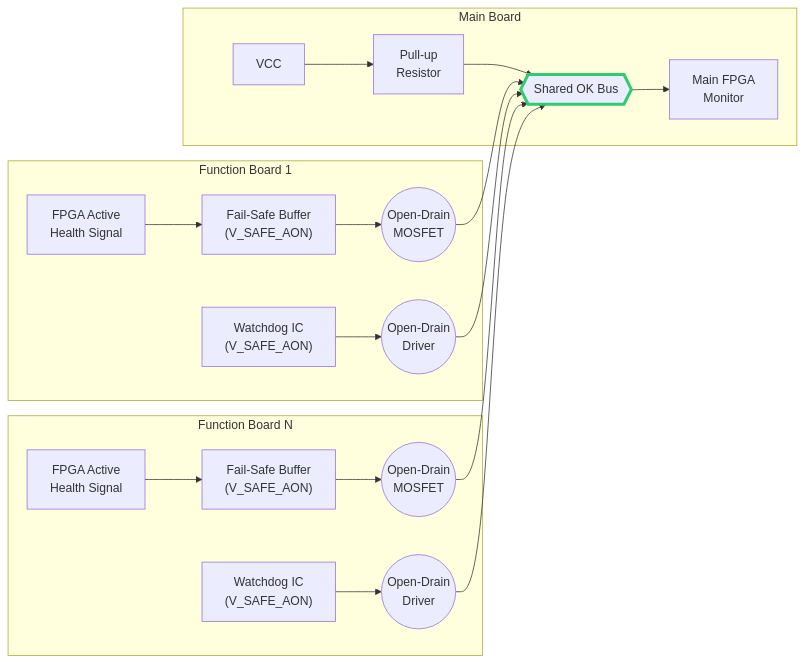
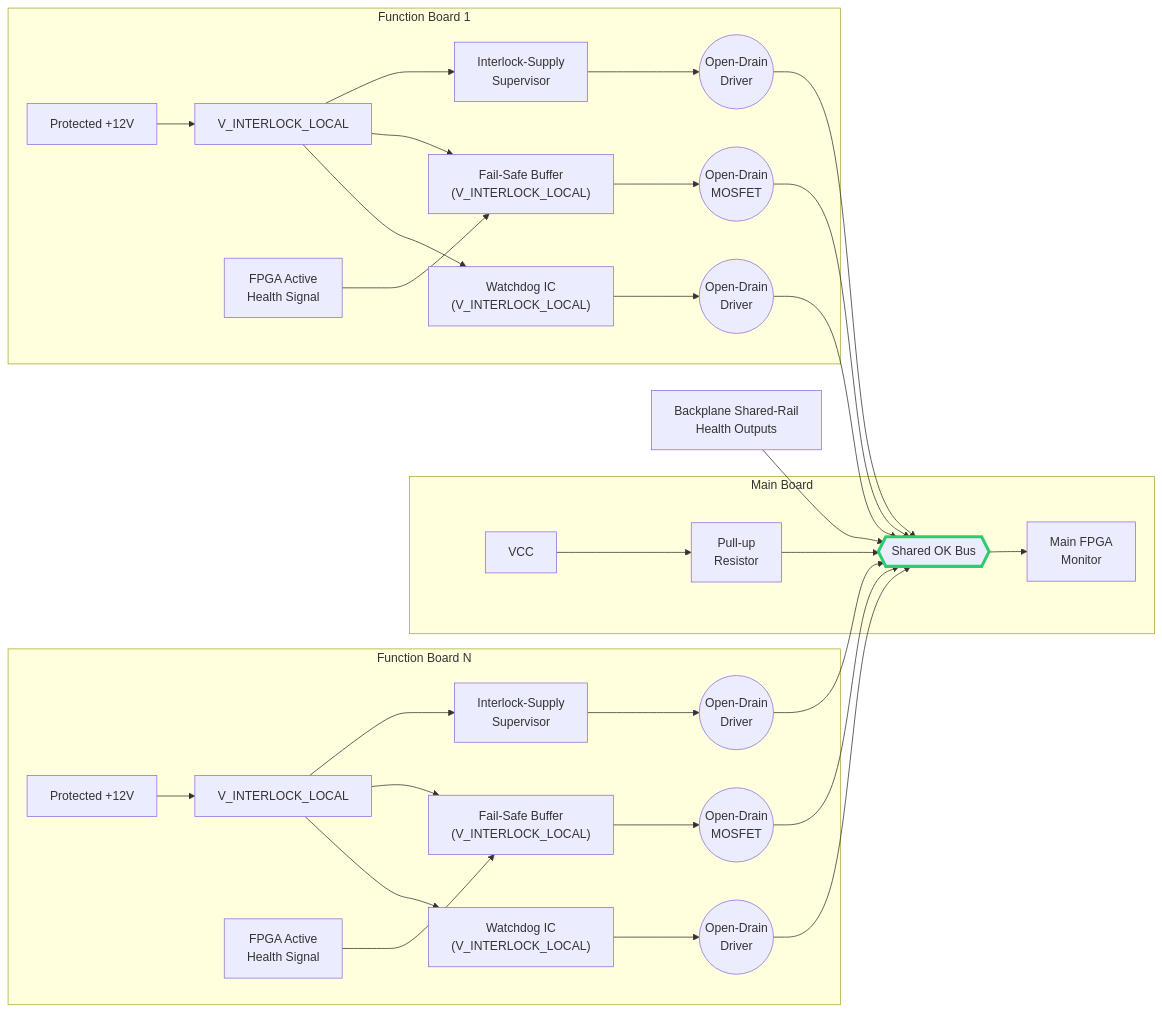
Before and after one commit to bcancinov/mdc-architecture: the diagram in decisions/ADR-001_presence_health_detection.md, drawn with Mermaid. The commit also changed other lines of this file and 11 other files, not shown here.

Commit message:
simplify architecture specifications

````diff
--- a/decisions/ADR-001_presence_health_detection.md
+++ b/decisions/ADR-001_presence_health_detection.md
@@ -87,28 +97,42 @@
 ```mermaid
 flowchart LR
     subgraph Main ["Main Board"]
         VCC["VCC"] --> PULLUP["Pull-up\nResistor"]
         PULLUP --> OK_BUS
         OK_BUS --> MON["Main FPGA\nMonitor"]
     end
 
     subgraph FB1 ["Function Board 1"]
-        FPGA1["FPGA Active\nHealth Signal"] --> FS1["Fail-Safe Buffer\n(V_SAFE_AON)"]
+        RAW1["Protected +12V"] --> VINT1["V_INTERLOCK_LOCAL"]
+        VINT1 --> SUP1["Interlock-Supply\nSupervisor"]
+        VINT1 --> FS1
+        VINT1 --> WD1
+        SUP1 --> SUP1_OD(("Open-Drain\nDriver"))
+        FPGA1["FPGA Active\nHealth Signal"] --> FS1["Fail-Safe Buffer\n(V_INTERLOCK_LOCAL)"]
         FS1 --> MOS1(("Open-Drain\nMOSFET"))
-        WD1["Watchdog IC\n(V_SAFE_AON)"] --> WD1_OD(("Open-Drain\nDriver"))
+        WD1["Watchdog IC\n(V_INTERLOCK_LOCAL)"] --> WD1_OD(("Open-Drain\nDriver"))
+        SUP1_OD --> OK_BUS
         MOS1 --> OK_BUS
         WD1_OD --> OK_BUS
     end
 
     subgraph FB2 ["Function Board N"]
-        FPGA2["FPGA Active\nHealth Signal"] --> FS2["Fail-Safe Buffer\n(V_SAFE_AON)"]
+        RAW2["Protected +12V"] --> VINT2["V_INTERLOCK_LOCAL"]
+        VINT2 --> SUP2["Interlock-Supply\nSupervisor"]
+        VINT2 --> FS2
+        VINT2 --> WD2
+        SUP2 --> SUP2_OD(("Open-Drain\nDriver"))
+        FPGA2["FPGA Active\nHealth Signal"] --> FS2["Fail-Safe Buffer\n(V_INTERLOCK_LOCAL)"]
         FS2 --> MOS2(("Open-Drain\nMOSFET"))
-        WD2["Watchdog IC\n(V_SAFE_AON)"] --> WD2_OD(("Open-Drain\nDriver"))
+        WD2["Watchdog IC\n(V_INTERLOCK_LOCAL)"] --> WD2_OD(("Open-Drain\nDriver"))
+        SUP2_OD --> OK_BUS
         MOS2 --> OK_BUS
         WD2_OD --> OK_BUS
     end
+
+    BP["Backplane Shared-Rail\nHealth Outputs"] --> OK_BUS
 
     OK_BUS{{"Shared OK Bus"}}
 
     style OK_BUS stroke:#2ECC71,stroke-width:4px
 ```
````
